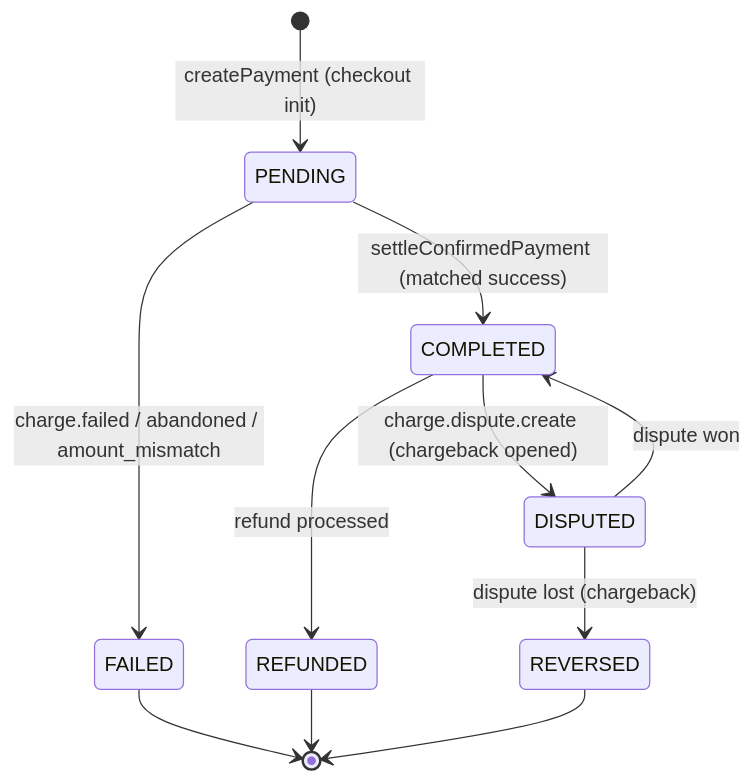
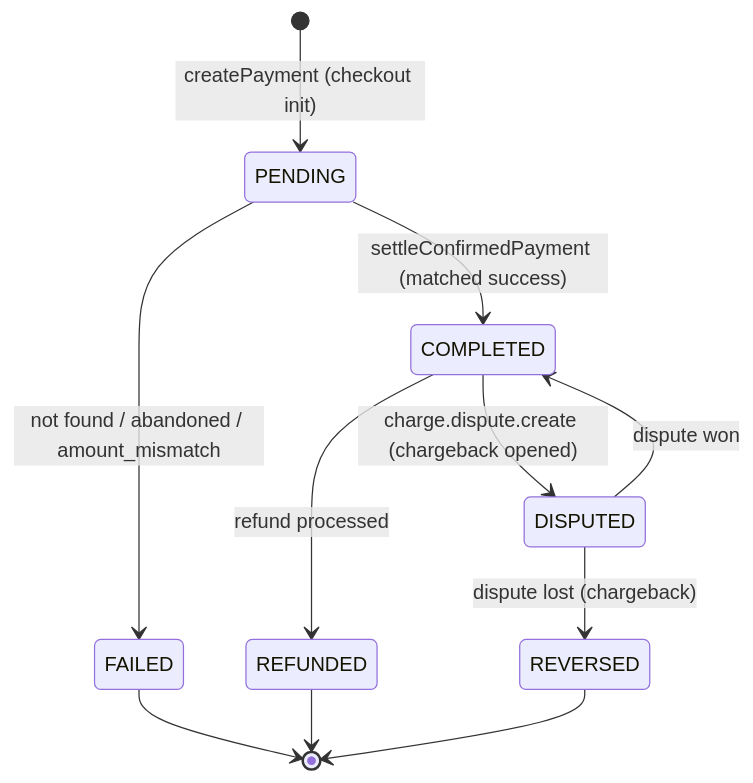
One commit to cropdoor/cropdoor-almanac changed the third of 12 diagrams in docs/payments/core-flows.md. Above: the diagram before and after it, drawn with Mermaid. The commit also changed other lines of this file and 1 other file, not shown here.

Commit message:
docs(payments): Paystack sends no charge.failed webhook (backend #294)

````diff
--- a/docs/payments/core-flows.md
+++ b/docs/payments/core-flows.md
@@ -143,13 +143,13 @@
 ```mermaid
 stateDiagram-v2
     [*] --> PENDING : createPayment (checkout init)
     PENDING --> COMPLETED : settleConfirmedPayment (matched success)
-    PENDING --> FAILED : charge.failed / abandoned / amount_mismatch
+    PENDING --> FAILED : not found / abandoned / amount_mismatch
     COMPLETED --> REFUNDED : refund processed
     COMPLETED --> DISPUTED : charge.dispute.create (chargeback opened)
     DISPUTED --> COMPLETED : dispute won
     DISPUTED --> REVERSED : dispute lost (chargeback)
     FAILED --> [*]
     REFUNDED --> [*]
     REVERSED --> [*]
 ```
````
